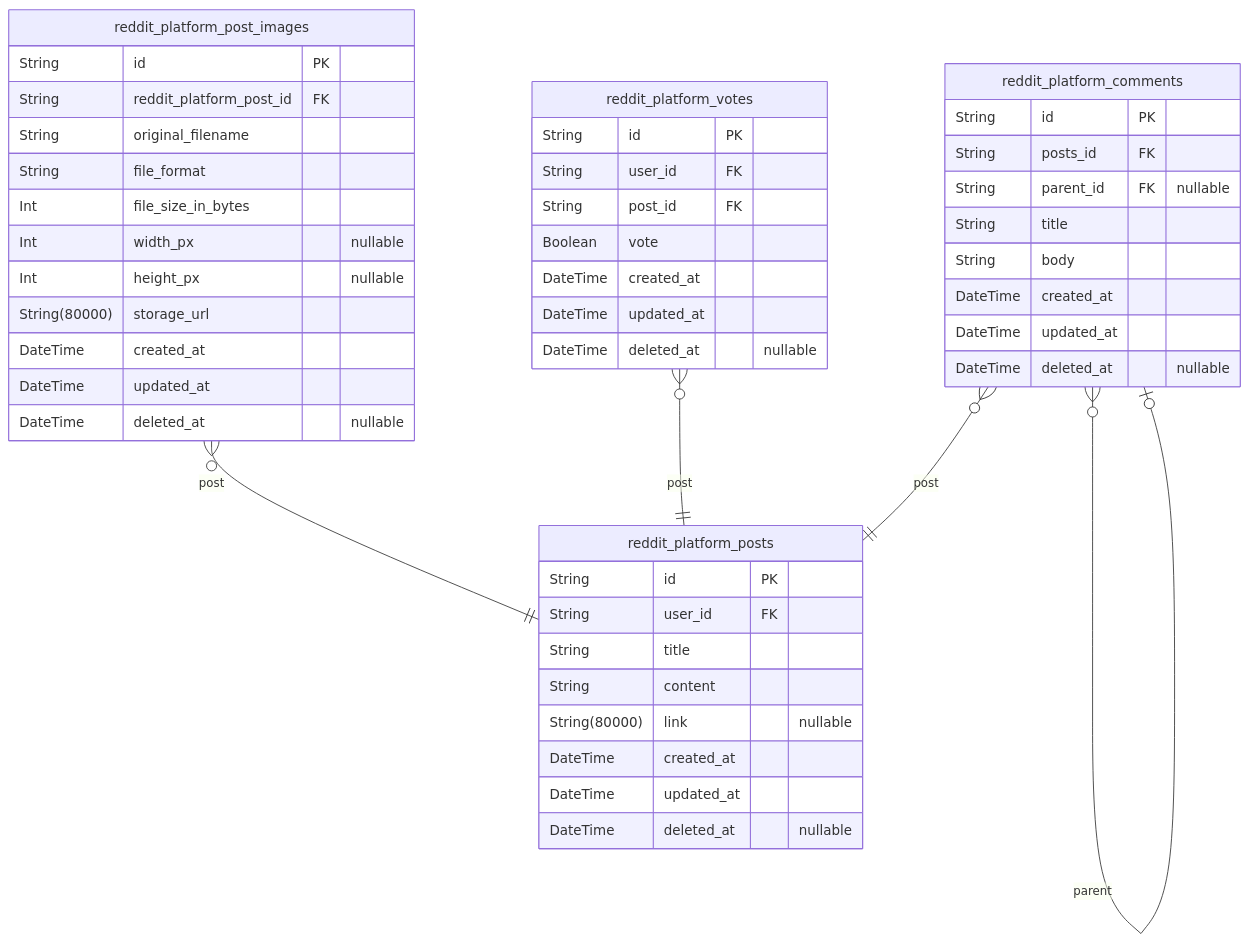
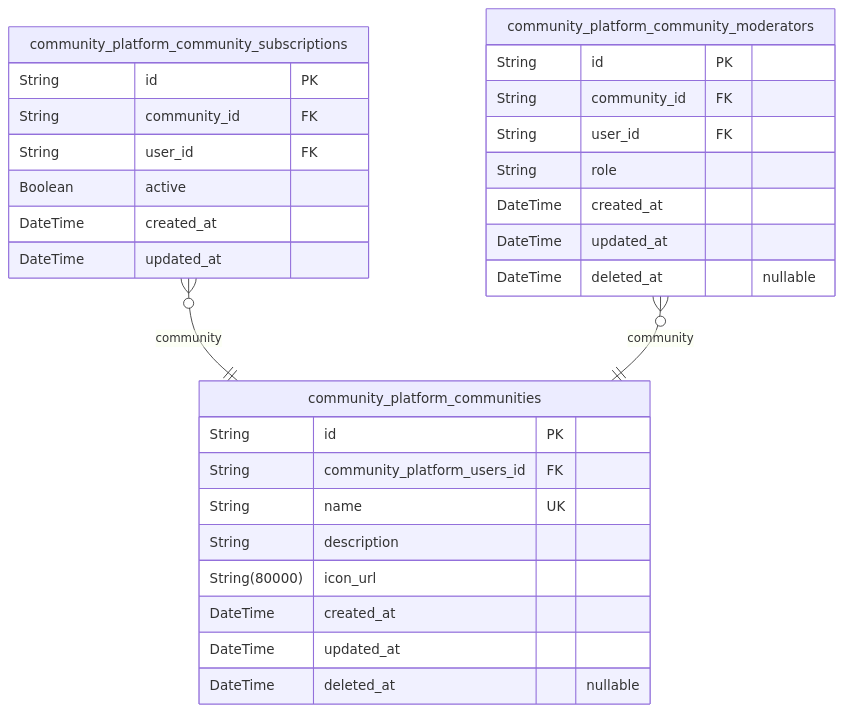
The fifth of 8 diagrams in qwen/qwen3-30b-a3b-thinking-2507/reddit/docs/ERD.md (wrtnlabs/autobe-examples), drawn with Mermaid before and after one commit. The commit also changed other lines of this file and 9391 other files, not shown here.

````diff
--- a/qwen/qwen3-30b-a3b-thinking-2507/reddit/docs/ERD.md
+++ b/qwen/qwen3-30b-a3b-thinking-2507/reddit/docs/ERD.md
@@ -604,49 +497,32 @@
 ```mermaid
 erDiagram
-"reddit_platform_posts" {
+"community_platform_communities" {
   String id PK
-  String user_id FK
-  String title
-  String content
-  String(80000) link "nullable"
+  String community_platform_users_id FK
+  String name UK
+  String description
+  String(80000) icon_url
   DateTime created_at
   DateTime updated_at
   DateTime deleted_at "nullable"
 }
-"reddit_platform_post_images" {
+"community_platform_community_subscriptions" {
   String id PK
-  String reddit_platform_post_id FK
-  String original_filename
-  String file_format
-  Int file_size_in_bytes
-  Int width_px "nullable"
-  Int height_px "nullable"
-  String(80000) storage_url
+  String community_id FK
+  String user_id FK
+  Boolean active
+  DateTime created_at
+  DateTime updated_at
+}
+"community_platform_community_moderators" {
+  String id PK
+  String community_id FK
+  String user_id FK
+  String role
   DateTime created_at
   DateTime updated_at
   DateTime deleted_at "nullable"
 }
-"reddit_platform_comments" {
-  String id PK
-  String posts_id FK
-  String parent_id FK "nullable"
-  String title
-  String body
-  DateTime created_at
-  DateTime updated_at
-  DateTime deleted_at "nullable"
-}
-"reddit_platform_votes" {
-  String id PK
-  String user_id FK
-  String post_id FK
-  Boolean vote
-  DateTime created_at
-  DateTime updated_at
-  DateTime deleted_at "nullable"
-}
-"reddit_platform_post_images" }o--|| "reddit_platform_posts" : post
-"reddit_platform_comments" }o--|| "reddit_platform_posts" : post
-"reddit_platform_comments" }o--o| "reddit_platform_comments" : parent
-"reddit_platform_votes" }o--|| "reddit_platform_posts" : post
+"community_platform_community_subscriptions" }o--|| "community_platform_communities" : community
+"community_platform_community_moderators" }o--|| "community_platform_communities" : community
 ```
````
